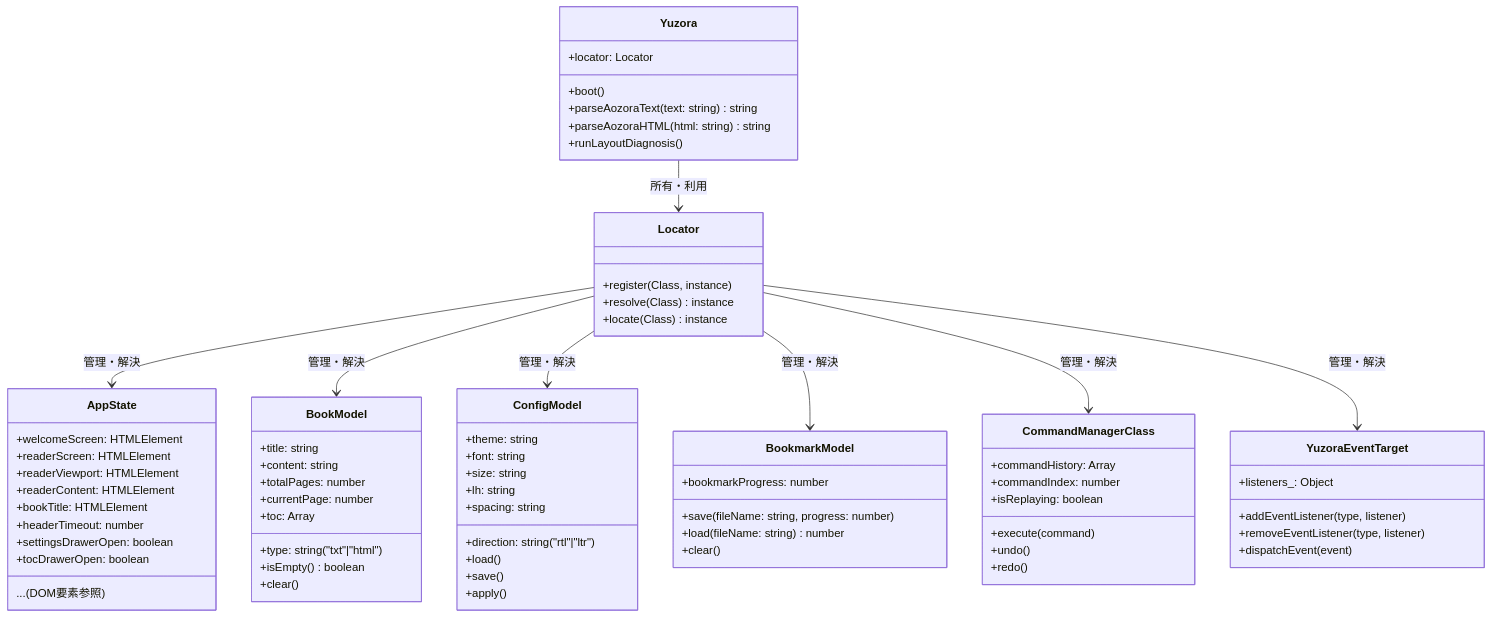
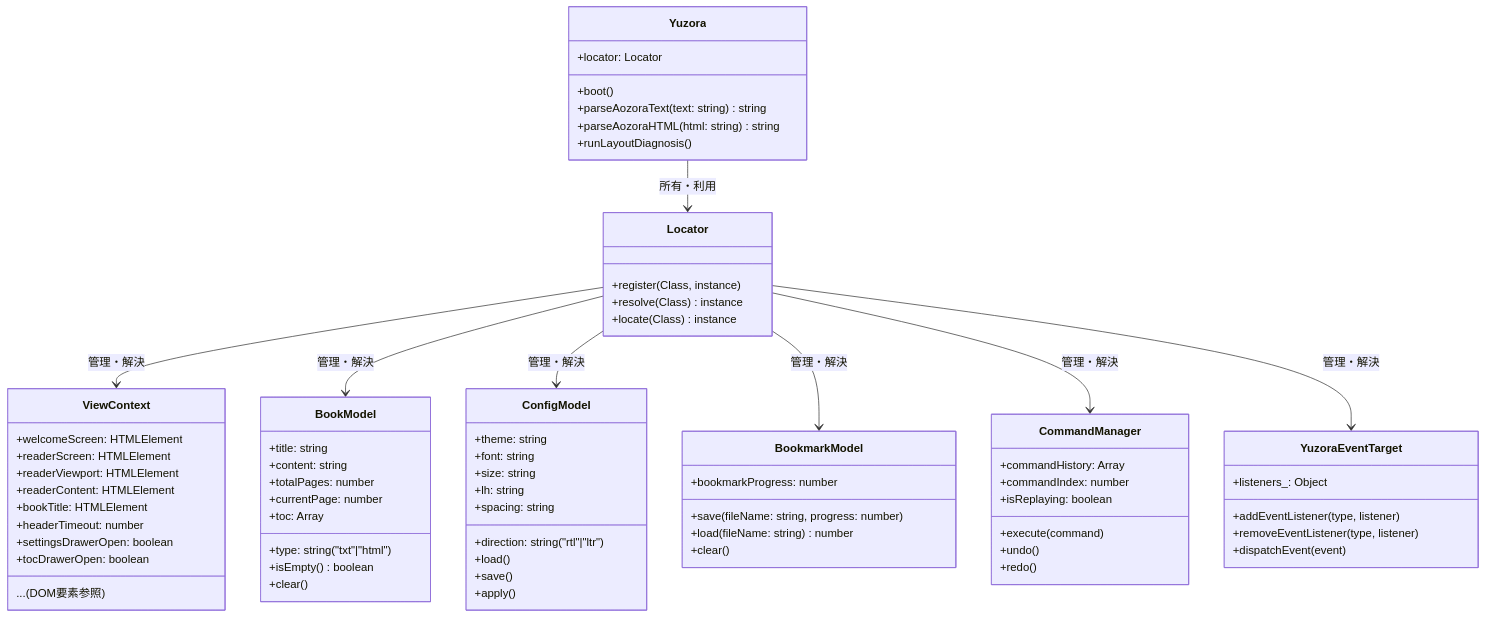
Before and after one commit to rokujyouhitoma/yuzora: the diagram in docs/backlogs/029-consolidate-class-design-belonging-properties.md, drawn with Mermaid. The commit also changed other lines of this file, not shown here.

Commit message:
docs(backlog): rename AppState to ViewContext and CommandManagerClass to CommandManager in backlog 029 (ID: 029)

````diff
--- a/docs/backlogs/029-consolidate-class-design-belonging-properties.md
+++ b/docs/backlogs/029-consolidate-class-design-belonging-properties.md
@@ -35,76 +35,76 @@
 ```mermaid
 classDiagram
     direction TB
     class Yuzora {
         +locator: Locator
         +boot()
         +parseAozoraText(text: string) string
         +parseAozoraHTML(html: string) string
         +runLayoutDiagnosis()
     }
     class Locator {
         +register(Class, instance)
         +resolve(Class) instance
         +locate(Class) instance
     }
-    class AppState {
+    class ViewContext {
         +welcomeScreen: HTMLElement
         +readerScreen: HTMLElement
         +readerViewport: HTMLElement
         +readerContent: HTMLElement
         +bookTitle: HTMLElement
         ... (DOM要素参照)
         +headerTimeout: number
         +settingsDrawerOpen: boolean
         +tocDrawerOpen: boolean
     }
     class BookModel {
         +title: string
         +content: string
         +type: string ("txt"|"html")
         +totalPages: number
         +currentPage: number
         +toc: Array
         +isEmpty() boolean
         +clear()
     }
     class ConfigModel {
         +theme: string
         +font: string
         +size: string
         +lh: string
         +spacing: string
         +direction: string ("rtl"|"ltr")
         +load()
         +save()
         +apply()
     }
     class BookmarkModel {
         +bookmarkProgress: number
         +save(fileName: string, progress: number)
         +load(fileName: string) number
         +clear()
     }
-    class CommandManagerClass {
+    class CommandManager {
         +commandHistory: Array
         +commandIndex: number
         +isReplaying: boolean
         +execute(command)
         +undo()
         +redo()
     }
     class YuzoraEventTarget {
         +listeners_: Object
         +addEventListener(type, listener)
         +removeEventListener(type, listener)
         +dispatchEvent(event)
     }
 
     Yuzora --> Locator : 所有・利用
-    Locator --> AppState : 管理・解決
+    Locator --> ViewContext : 管理・解決
     Locator --> BookModel : 管理・解決
     Locator --> ConfigModel : 管理・解決
     Locator --> BookmarkModel : 管理・解決
-    Locator --> CommandManagerClass : 管理・解決
+    Locator --> CommandManager : 管理・解決
     Locator --> YuzoraEventTarget : 管理・解決
 ```
````
